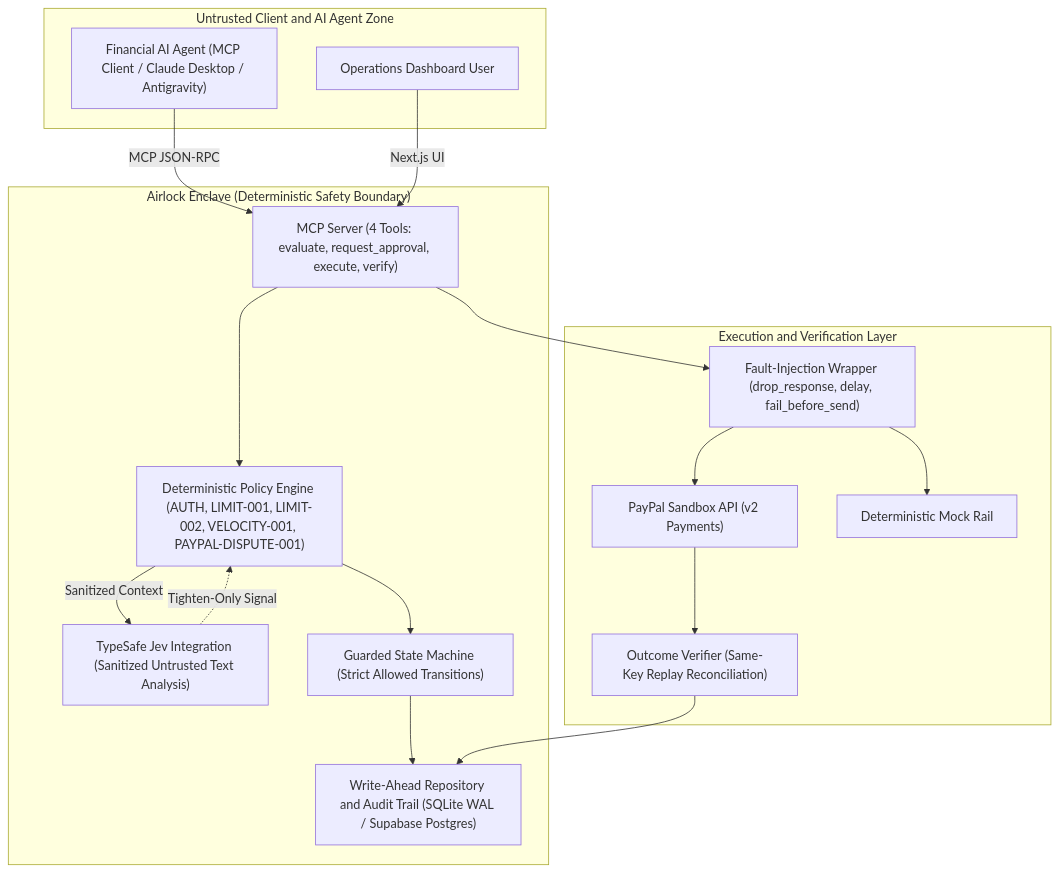
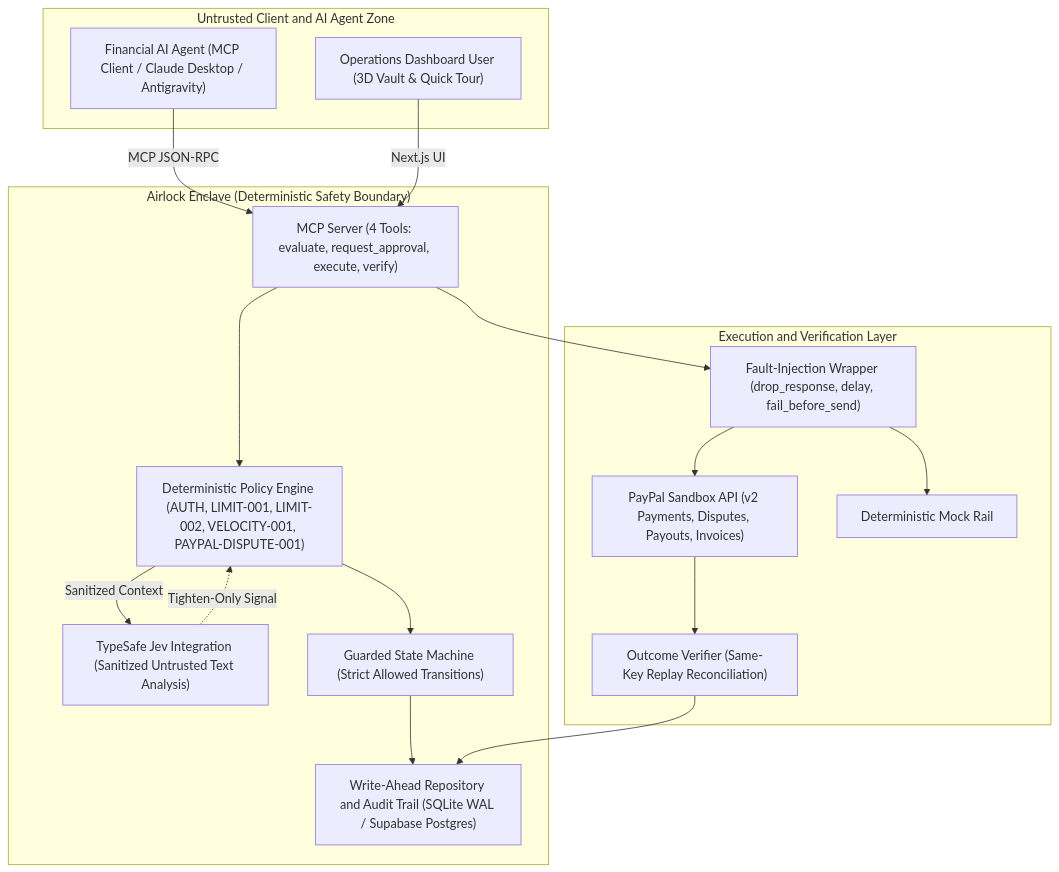
The second of 3 diagrams in README.md (SYNTHOS7/Airlock), drawn with Mermaid before and after one commit. The commit also changed other lines of this file and 11 other files, not shown here.

Commit message:
feat(submission): complete 7-phase audit, add live PayPal disputes/payouts/invoicing, 15 E2E simulation tests, 30s judge tour, and ROI telemetry

````diff
--- a/README.md
+++ b/README.md
@@ -66,35 +66,35 @@
 ```mermaid
 flowchart TD
     subgraph UntrustedZone["Untrusted Client and AI Agent Zone"]
         Agent["Financial AI Agent (MCP Client / Claude Desktop / Antigravity)"]
-        User["Operations Dashboard User"]
+        User["Operations Dashboard User (3D Vault & Quick Tour)"]
     end
 
     subgraph AirlockCore["Airlock Enclave (Deterministic Safety Boundary)"]
         MCP["MCP Server (4 Tools: evaluate, request_approval, execute, verify)"]
         PolicyEngine["Deterministic Policy Engine (AUTH, LIMIT-001, LIMIT-002, VELOCITY-001, PAYPAL-DISPUTE-001)"]
         JevIntegration["TypeSafe Jev Integration (Sanitized Untrusted Text Analysis)"]
         StateMachine["Guarded State Machine (Strict Allowed Transitions)"]
         Repo["Write-Ahead Repository and Audit Trail (SQLite WAL / Supabase Postgres)"]
     end
 
     subgraph Rails["Execution and Verification Layer"]
-        PayPal["PayPal Sandbox API (v2 Payments)"]
+        PayPal["PayPal Sandbox API (v2 Payments, Disputes, Payouts, Invoices)"]
         MockRail["Deterministic Mock Rail"]
         FaultWrapper["Fault-Injection Wrapper (drop_response, delay, fail_before_send)"]
         Verifier["Outcome Verifier (Same-Key Replay Reconciliation)"]
     end
 
     Agent -->|"MCP JSON-RPC"| MCP
     User -->|"Next.js UI"| MCP
     MCP --> PolicyEngine
     PolicyEngine -->|"Sanitized Context"| JevIntegration
     JevIntegration -.->|"Tighten-Only Signal"| PolicyEngine
     PolicyEngine --> StateMachine
     StateMachine --> Repo
     MCP --> FaultWrapper
     FaultWrapper --> PayPal
     FaultWrapper --> MockRail
     PayPal --> Verifier
     Verifier --> Repo
 ```
````
